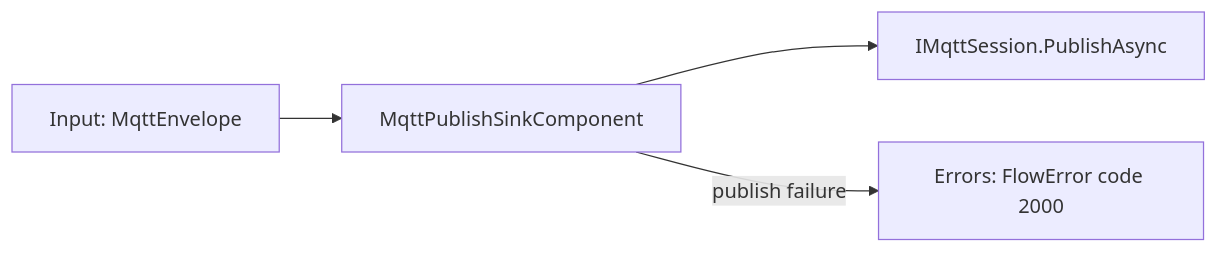
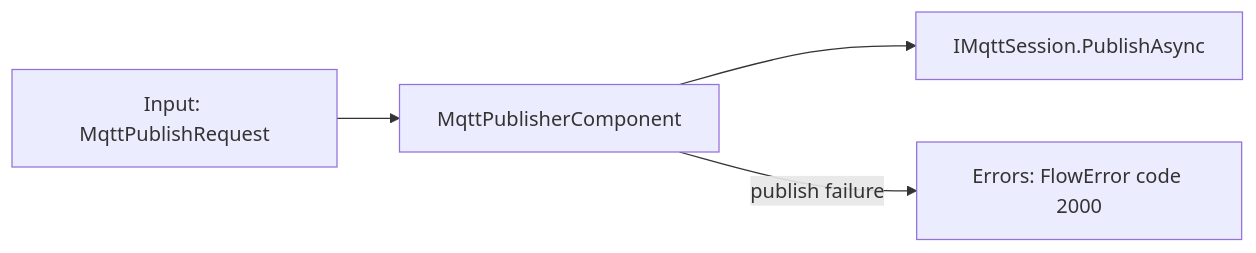
One commit to araxis/FluxMq changed diagram 11 of 19 in docs/flow-components.md. Above: the diagram before and after it, drawn with Mermaid. The commit also changed other lines of this file and 70 other files, not shown here.

````diff
--- a/docs/flow-components.md
+++ b/docs/flow-components.md
@@ -392,6 +420,6 @@
 ```mermaid
 flowchart LR
-    In["Input: MqttEnvelope"] --> Sink["MqttPublishSinkComponent"]
-    Sink --> Session["IMqttSession.PublishAsync"]
-    Sink -->|publish failure| Errors["Errors: FlowError code 2000"]
+    In["Input: MqttPublishRequest"] --> Publisher["MqttPublisherComponent"]
+    Publisher --> Session["IMqttSession.PublishAsync"]
+    Publisher -->|publish failure| Errors["Errors: FlowError code 2000"]
 ```
````
